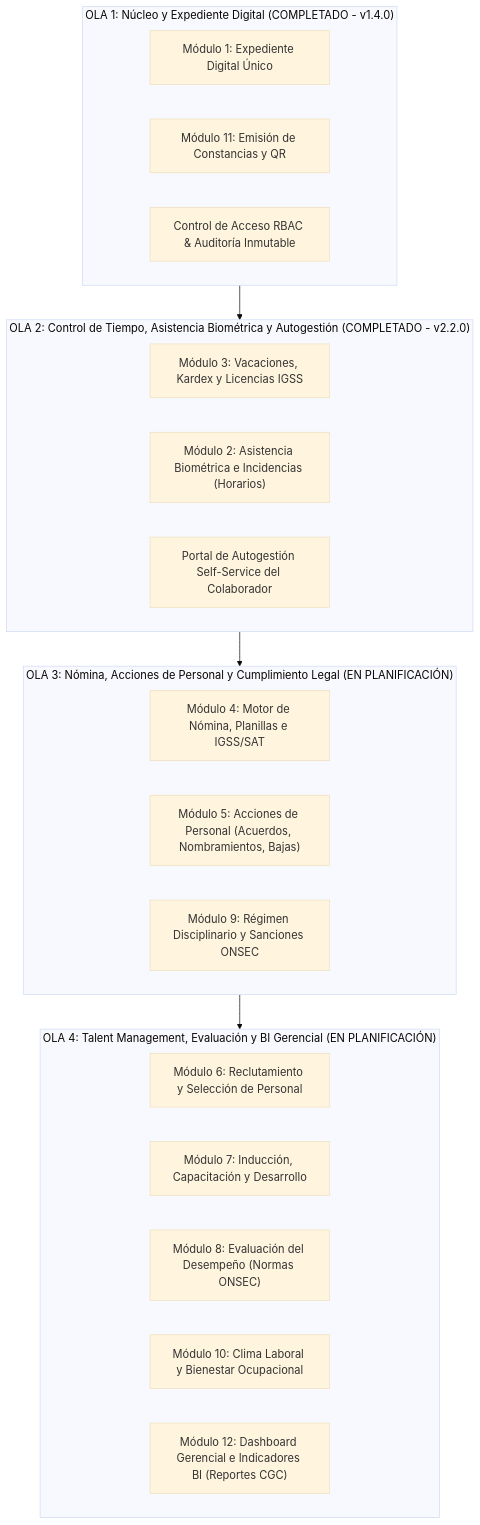
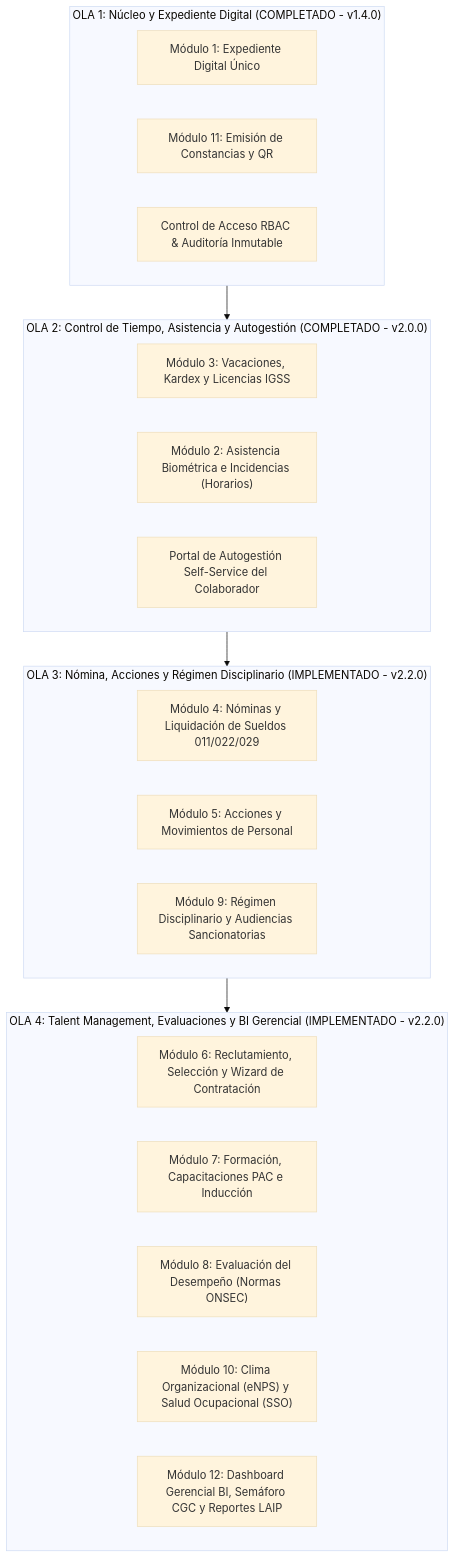
Before and after one commit to bsosaGG/Eco: the diagram in core-humanis-app/README.md, drawn with Mermaid (base theme).

Commit message:
fix(docs): corregir etiquetas de estado en diagrama de Olas en README.md a IMPLEMENTADO v2.2.0

````diff
--- a/core-humanis-app/README.md
+++ b/core-humanis-app/README.md
@@ -23,32 +23,32 @@
 ```mermaid
 flowchart TD
     subgraph OLA1["OLA 1: Núcleo y Expediente Digital (COMPLETADO - v1.4.0)"]
         M1["Módulo 1: Expediente Digital Único"]
         M11_A["Módulo 11: Emisión de Constancias y QR"]
         RBAC["Control de Acceso RBAC & Auditoría Inmutable"]
     end
 
-    subgraph OLA2["OLA 2: Control de Tiempo, Asistencia Biométrica y Autogestión (COMPLETADO - v2.2.0)"]
+    subgraph OLA2["OLA 2: Control de Tiempo, Asistencia y Autogestión (COMPLETADO - v2.0.0)"]
         M3["Módulo 3: Vacaciones, Kardex y Licencias IGSS"]
         M2["Módulo 2: Asistencia Biométrica e Incidencias (Horarios)"]
         PORTAL["Portal de Autogestión Self-Service del Colaborador"]
     end
 
-    subgraph OLA3["OLA 3: Nómina, Acciones de Personal y Cumplimiento Legal (EN PLANIFICACIÓN)"]
-        M4["Módulo 4: Motor de Nómina, Planillas e IGSS/SAT"]
-        M5["Módulo 5: Acciones de Personal (Acuerdos, Nombramientos, Bajas)"]
-        M9["Módulo 9: Régimen Disciplinario y Sanciones ONSEC"]
+    subgraph OLA3["OLA 3: Nómina, Acciones y Régimen Disciplinario (IMPLEMENTADO - v2.2.0)"]
+        M4["Módulo 4: Nóminas y Liquidación de Sueldos 011/022/029"]
+        M5["Módulo 5: Acciones y Movimientos de Personal"]
+        M9["Módulo 9: Régimen Disciplinario y Audiencias Sancionatorias"]
     end
 
-    subgraph OLA4["OLA 4: Talent Management, Evaluación y BI Gerencial (EN PLANIFICACIÓN)"]
-        M6["Módulo 6: Reclutamiento y Selección de Personal"]
-        M7["Módulo 7: Inducción, Capacitación y Desarrollo"]
+    subgraph OLA4["OLA 4: Talent Management, Evaluaciones y BI Gerencial (IMPLEMENTADO - v2.2.0)"]
+        M6["Módulo 6: Reclutamiento, Selección y Wizard de Contratación"]
+        M7["Módulo 7: Formación, Capacitaciones PAC e Inducción"]
         M8["Módulo 8: Evaluación del Desempeño (Normas ONSEC)"]
-        M10["Módulo 10: Clima Laboral y Bienestar Ocupacional"]
-        M12["Módulo 12: Dashboard Gerencial e Indicadores BI (Reportes CGC)"]
+        M10["Módulo 10: Clima Organizacional (eNPS) y Salud Ocupacional (SSO)"]
+        M12["Módulo 12: Dashboard Gerencial BI, Semáforo CGC y Reportes LAIP"]
     end
 
     OLA1 --> OLA2
     OLA2 --> OLA3
     OLA3 --> OLA4
 ```
````
